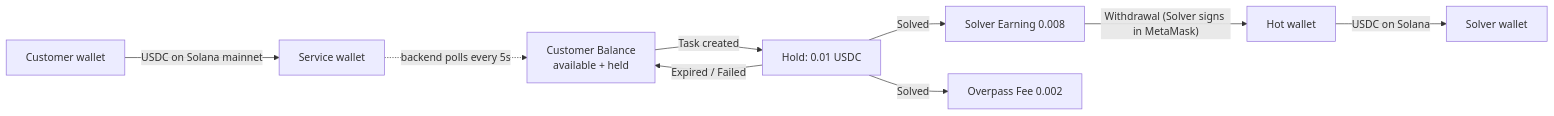
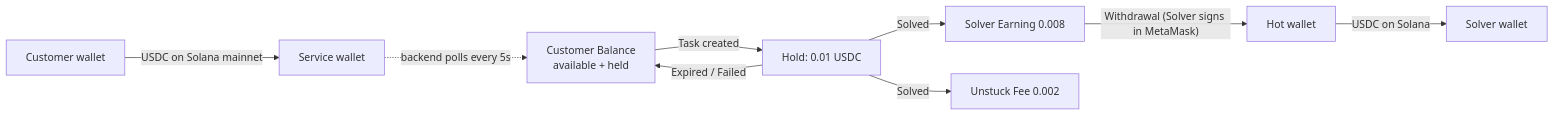
Before and after one commit to yuchia329/overpass: the third of 5 diagrams in README.md, drawn with Mermaid. The commit also changed other lines of this file and 53 other files, not shown here.

First line of the commit message:
Rename the project from Overpass to Unstuck

````diff
--- a/README.md
+++ b/README.md
@@ -120,11 +120,11 @@
 ```mermaid
 flowchart LR
     W[Customer wallet] -- "USDC on Solana mainnet" --> SW[Service wallet]
     SW -. "backend polls every 5s" .-> BAL[Customer Balance<br/>available + held]
     BAL -- "Task created" --> H[Hold: 0.01 USDC]
     H -- Solved --> E[Solver Earning 0.008]
-    H -- Solved --> F[Overpass Fee 0.002]
+    H -- Solved --> F[Unstuck Fee 0.002]
     H -- "Expired / Failed" --> BAL
     E -- "Withdrawal (Solver signs in MetaMask)" --> HW[Hot wallet]
     HW -- "USDC on Solana" --> SOL[Solver wallet]
 ```
````
